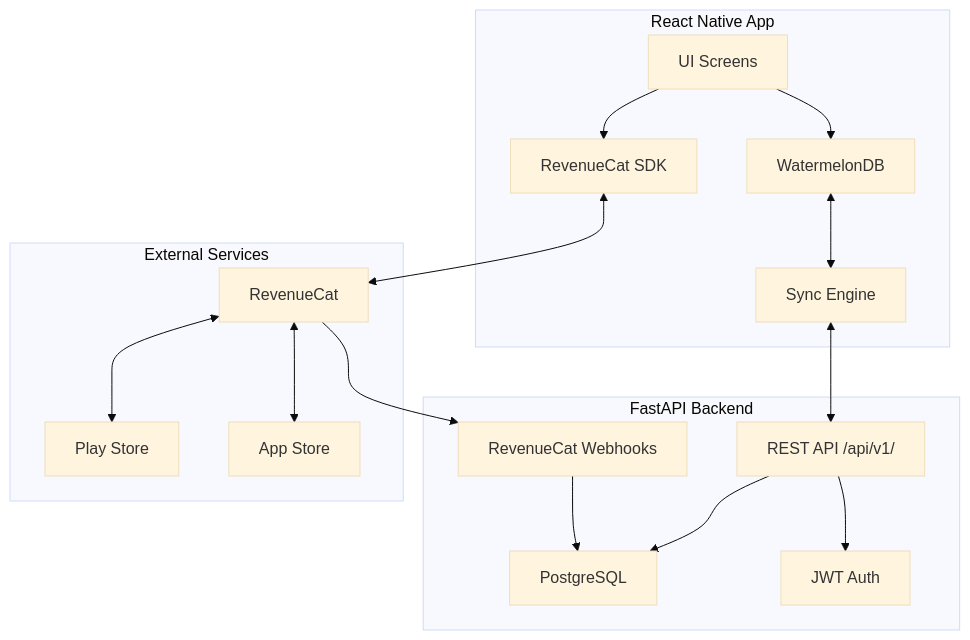
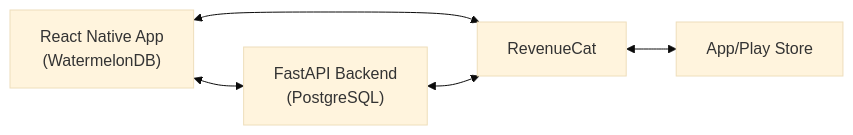
One commit to Pescatarian/Turn-Pro-Poker changed the diagram in implementation-plan.md. Above: the diagram before and after it, drawn with Mermaid (base theme). The commit also changed other lines of this file and 12 other files, not shown here.

First line of the commit message:
Phase 2 Complete: Server sync working with Render backend

````diff
--- a/implementation-plan.md
+++ b/implementation-plan.md
@@ -206,34 +33,7 @@
 ```mermaid
-flowchart TB
-    subgraph Mobile["React Native App"]
-        UI["UI Screens"]
-        WDB["WatermelonDB"]
-        RC["RevenueCat SDK"]
-        Sync["Sync Engine"]
-    end
-    
-    subgraph Backend["FastAPI Backend"]
-        API["REST API /api/v1/"]
-        Auth["JWT Auth"]
-        DB["PostgreSQL"]
-        WH["RevenueCat Webhooks"]
-    end
-    
-    subgraph External["External Services"]
-        RCS["RevenueCat"]
-        APS["App Store"]
-        GPS["Play Store"]
-    end
-    
-    UI --> WDB
-    UI --> RC
-    WDB <--> Sync
-    Sync <--> API
-    API --> Auth
-    API --> DB
-    WH --> DB
-    RC <--> RCS
-    RCS --> WH
-    RCS <--> APS
-    RCS <--> GPS
+flowchart LR
+    Mobile["React Native App<br/>(WatermelonDB)"] <--> Backend["FastAPI Backend<br/>(PostgreSQL)"]
+    Mobile <--> RC["RevenueCat"]
+    Backend <--> RC
+    RC <--> Stores["App/Play Store"]
 ```
````
